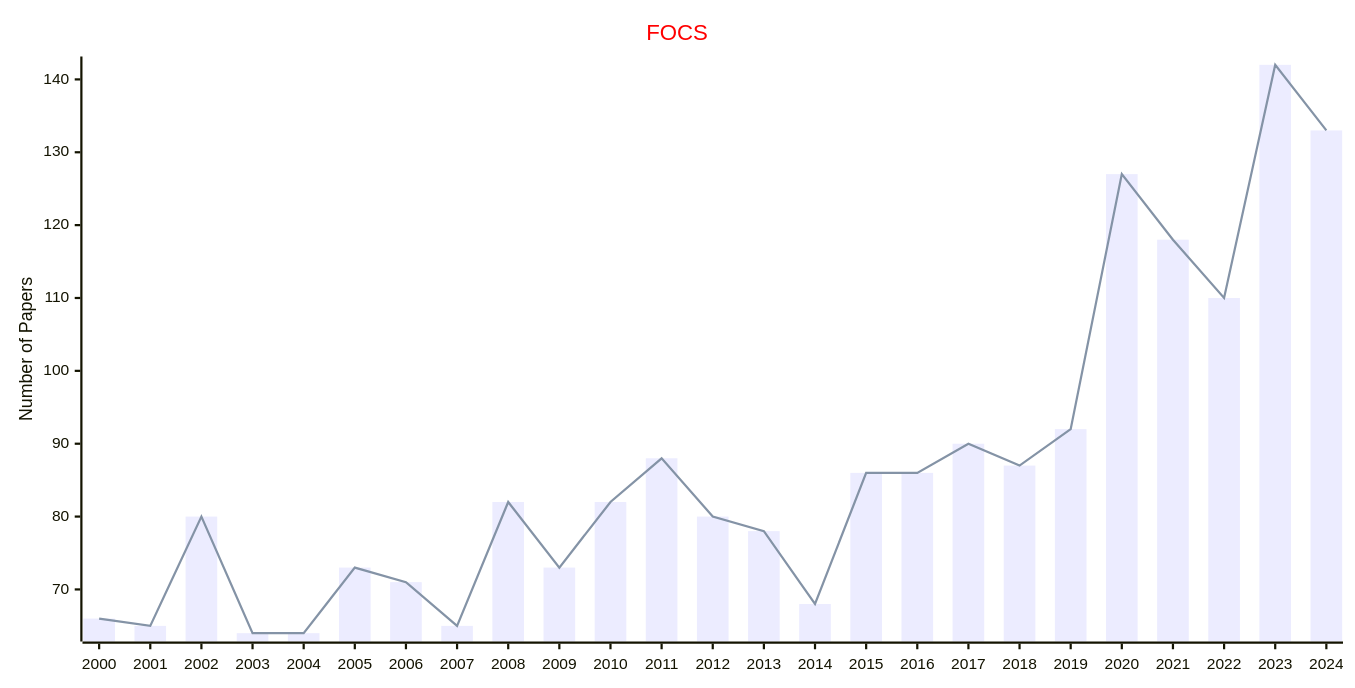
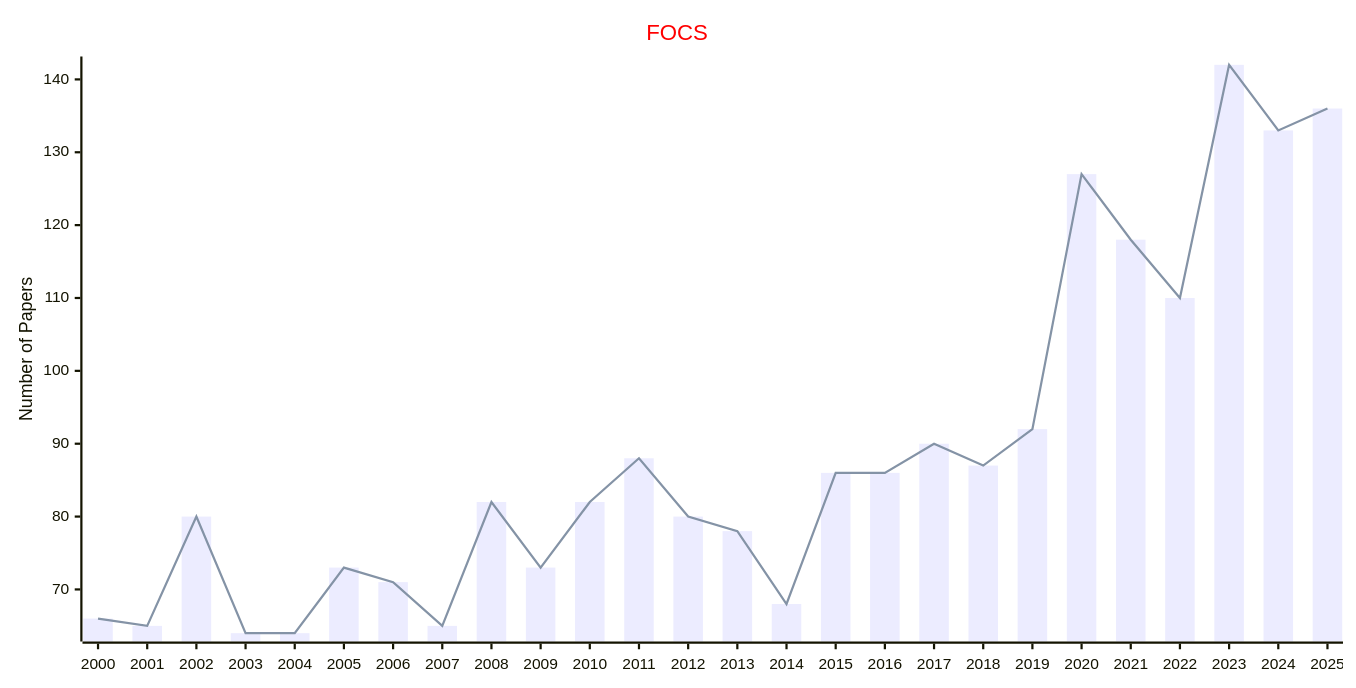
Before and after one commit to Easy-PhD/AILinks: the first of 2 diagrams in docs/data/Conferences/Statistics_Conferences/Computer_Science.md, drawn with Mermaid. The commit also changed other lines of this file and 15 other files, not shown here.

````diff
--- a/docs/data/Conferences/Statistics_Conferences/Computer_Science.md
+++ b/docs/data/Conferences/Statistics_Conferences/Computer_Science.md
@@ -9,17 +9,17 @@
 ```mermaid
 ---
 config:
     xyChart:
         width: 1200
         height: 600
     themeVariables:
         xyChart:
             titleColor: "#ff0000"
 ---
 xychart-beta
     title "FOCS"
-    x-axis [2000, 2001, 2002, 2003, 2004, 2005, 2006, 2007, 2008, 2009, 2010, 2011, 2012, 2013, 2014, 2015, 2016, 2017, 2018, 2019, 2020, 2021, 2022, 2023, 2024]
+    x-axis [2000, 2001, 2002, 2003, 2004, 2005, 2006, 2007, 2008, 2009, 2010, 2011, 2012, 2013, 2014, 2015, 2016, 2017, 2018, 2019, 2020, 2021, 2022, 2023, 2024, 2025]
     y-axis "Number of Papers"
-    bar [66, 65, 80, 64, 64, 73, 71, 65, 82, 73, 82, 88, 80, 78, 68, 86, 86, 90, 87, 92, 127, 118, 110, 142, 133]
-    line [66, 65, 80, 64, 64, 73, 71, 65, 82, 73, 82, 88, 80, 78, 68, 86, 86, 90, 87, 92, 127, 118, 110, 142, 133]
+    bar [66, 65, 80, 64, 64, 73, 71, 65, 82, 73, 82, 88, 80, 78, 68, 86, 86, 90, 87, 92, 127, 118, 110, 142, 133, 136]
+    line [66, 65, 80, 64, 64, 73, 71, 65, 82, 73, 82, 88, 80, 78, 68, 86, 86, 90, 87, 92, 127, 118, 110, 142, 133, 136]
 ```
````
